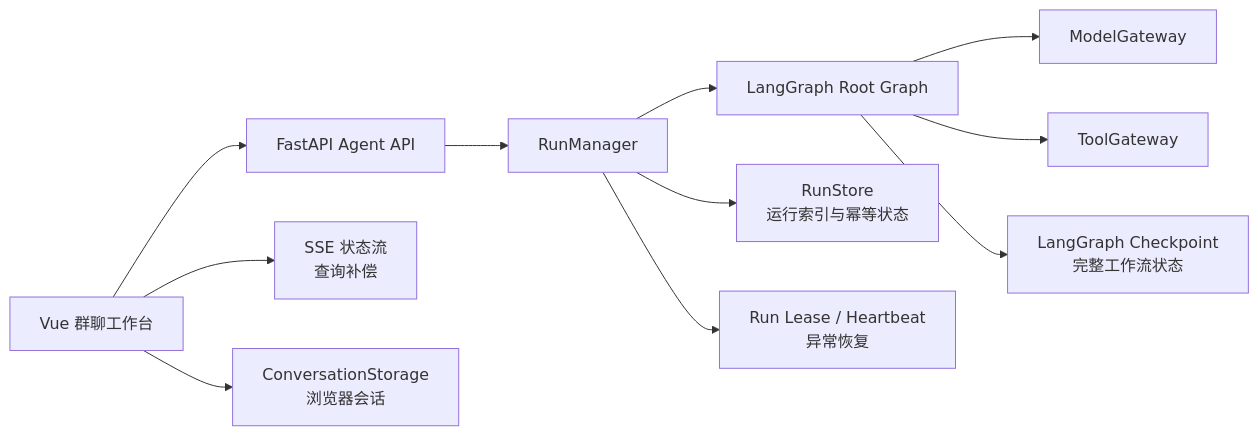
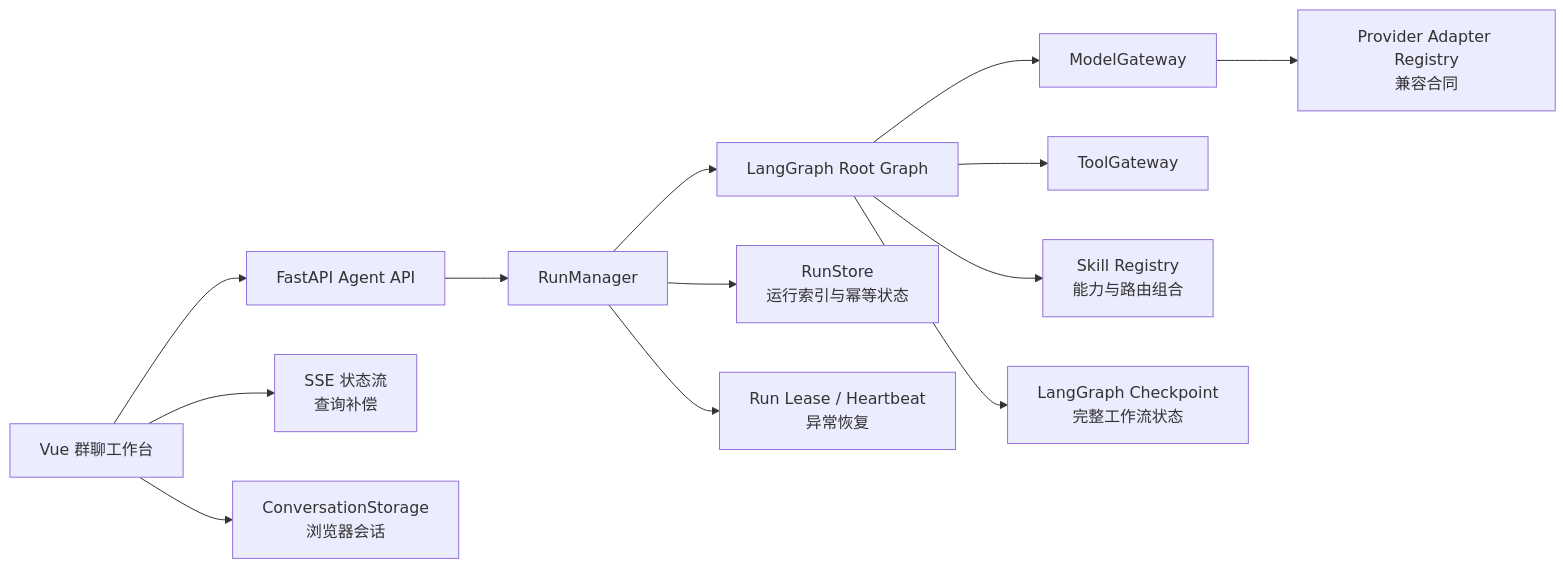
One commit to 1ceS1amese/work-harness changed the diagram in README.md. Above: the diagram before and after it, drawn with Mermaid. The commit also changed other lines of this file and 51 other files, not shown here.

Commit message:
Add modular provider and skill compatibility

````diff
--- a/README.md
+++ b/README.md
@@ -28,13 +30,15 @@
 ```mermaid
 flowchart LR
     UI["Vue 群聊工作台"] --> API["FastAPI Agent API"]
     API --> Manager["RunManager"]
     Manager --> Graph["LangGraph Root Graph"]
     Graph --> Model["ModelGateway"]
+    Model --> Provider["Provider Adapter Registry<br/>兼容合同"]
     Graph --> Tool["ToolGateway"]
+    Graph --> Skill["Skill Registry<br/>能力与路由组合"]
     Graph --> Checkpoint["LangGraph Checkpoint<br/>完整工作流状态"]
     Manager --> RunStore["RunStore<br/>运行索引与幂等状态"]
     Manager --> Lease["Run Lease / Heartbeat<br/>异常恢复"]
     UI --> Events["SSE 状态流<br/>查询补偿"]
     UI --> BrowserStore["ConversationStorage<br/>浏览器会话"]
 ```
````
